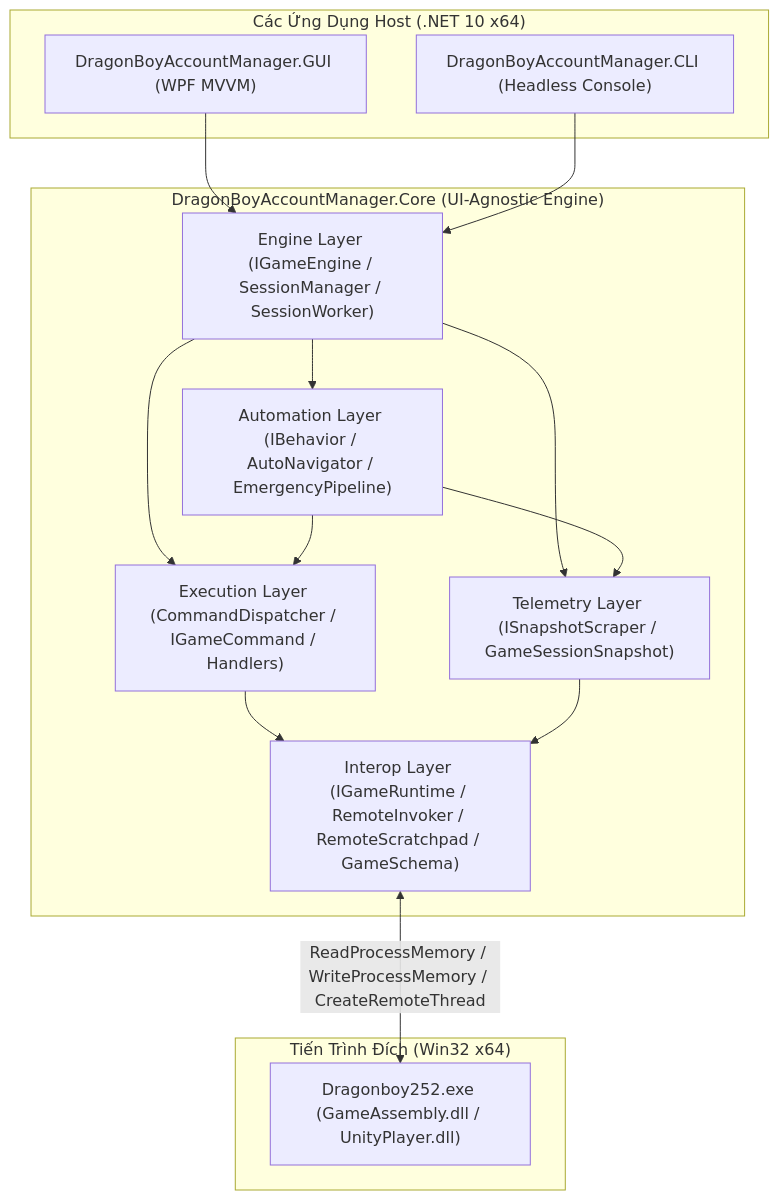
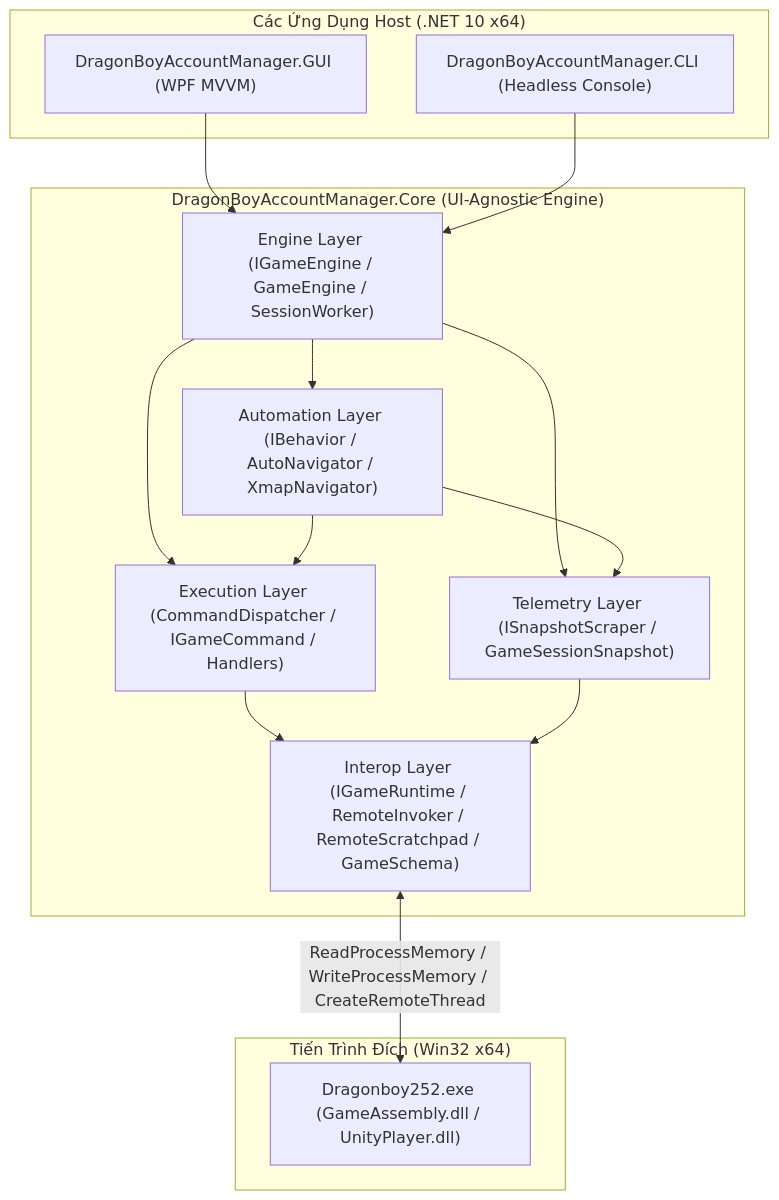
One commit to GunDx2k4/DragonBoyAccountManager changed the diagram in docs/README.md. Above: the diagram before and after it, drawn with Mermaid. The commit also changed other lines of this file and 50 other files, not shown here.

Commit message:
refactor(architecture): simplify engine and naming structure

````diff
--- a/docs/README.md
+++ b/docs/README.md
@@ -22,31 +22,31 @@
 ```mermaid
 flowchart TD
     subgraph Hosts["Các Ứng Dụng Host (.NET 10 x64)"]
         GUI["DragonBoyAccountManager.GUI (WPF MVVM)"]
         CLI["DragonBoyAccountManager.CLI (Headless Console)"]
     end
 
     subgraph Core["DragonBoyAccountManager.Core (UI-Agnostic Engine)"]
-        Engine["Engine Layer (IGameEngine / SessionManager / SessionWorker)"]
-        Automation["Automation Layer (IBehavior<TOptions> / AutoNavigator / EmergencyPipeline)"]
+        Engine["Engine Layer (IGameEngine / GameEngine / SessionWorker)"]
+        Automation["Automation Layer (IBehavior<TOptions> / AutoNavigator / XmapNavigator)"]
         Execution["Execution Layer (CommandDispatcher / IGameCommand / Handlers)"]
         Telemetry["Telemetry Layer (ISnapshotScraper<TSnapshot> / GameSessionSnapshot)"]
         Interop["Interop Layer (IGameRuntime / RemoteInvoker / RemoteScratchpad / GameSchema)"]
     end
 
     subgraph Target["Tiến Trình Đích (Win32 x64)"]
         Unity["Dragonboy252.exe (GameAssembly.dll / UnityPlayer.dll)"]
     end
 
     GUI --> Engine
     CLI --> Engine
 
     Engine --> Automation
     Engine --> Execution
     Engine --> Telemetry
     Automation --> Execution
     Automation --> Telemetry
     Execution --> Interop
     Telemetry --> Interop
     Interop <-->|"ReadProcessMemory / WriteProcessMemory / CreateRemoteThread"| Unity
 ```
````
